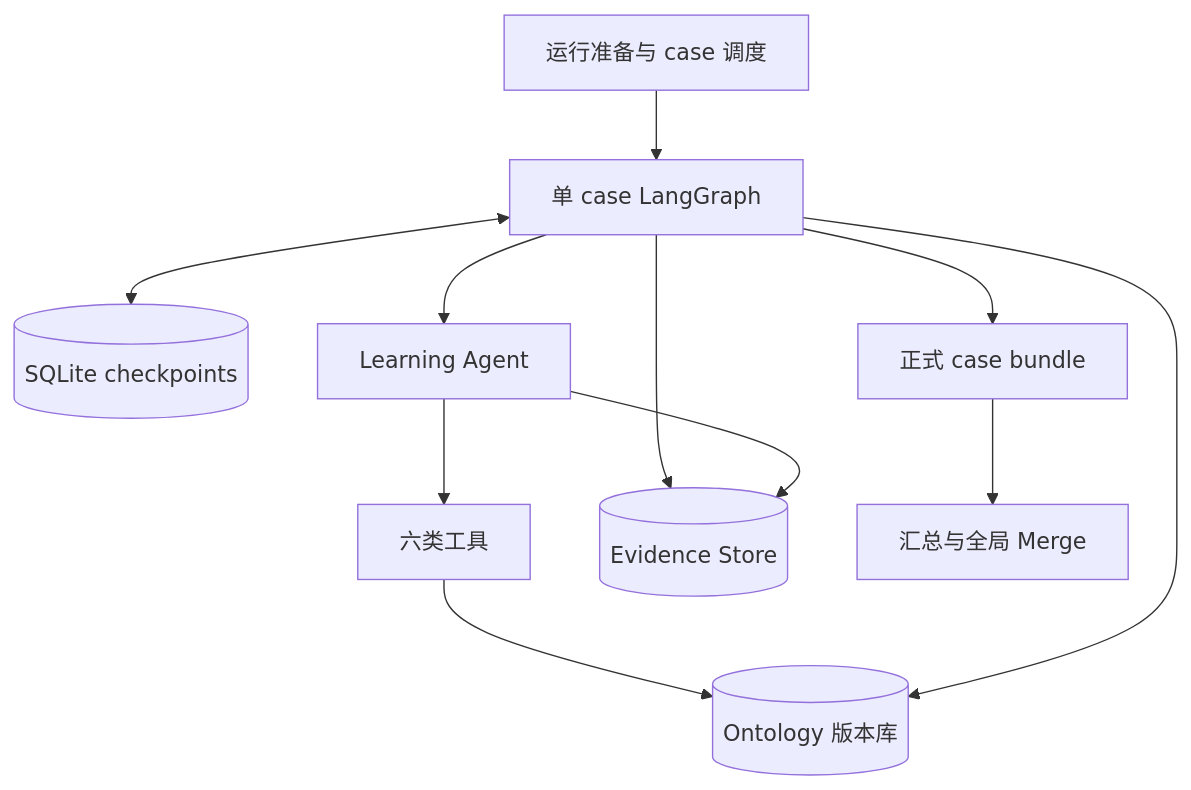
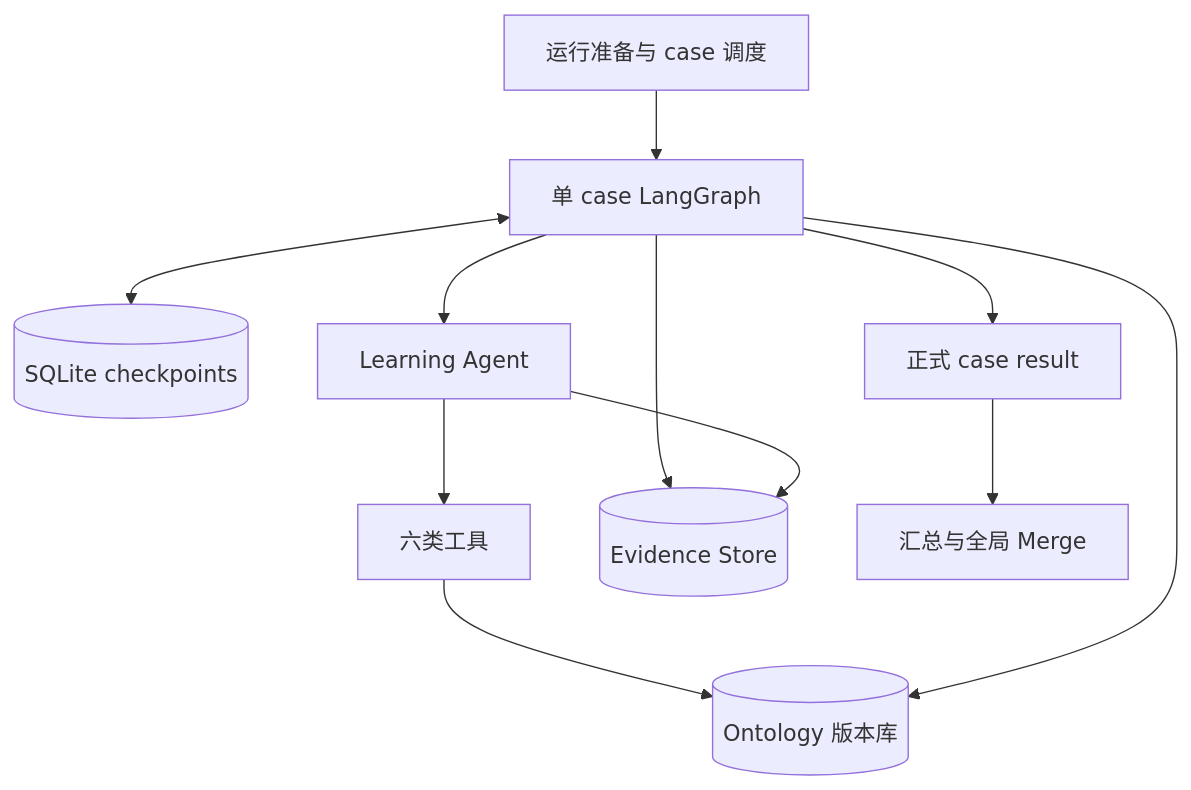
One commit to CTXY/OntoStitch changed the first of 2 diagrams in docs/design/extract-case-agent-loop.md. Above: the diagram before and after it, drawn with Mermaid. The commit also changed other lines of this file and 29 other files, not shown here.

````diff
--- a/docs/design/extract-case-agent-loop.md
+++ b/docs/design/extract-case-agent-loop.md
@@ -13,13 +13,13 @@
 ```mermaid
 flowchart TB
     RUN[运行准备与 case 调度] --> CASE[单 case LangGraph]
     CASE <--> CP[(SQLite checkpoints)]
     CASE --> AGENT[Learning Agent]
     AGENT --> TOOLS[六类工具]
     TOOLS --> ONTO[(Ontology 版本库)]
     CASE --> ONTO
     CASE --> EV[(Evidence Store)]
     AGENT --> EV
-    CASE --> BUNDLE[正式 case bundle]
+    CASE --> BUNDLE[正式 case result]
     BUNDLE --> MERGE[汇总与全局 Merge]
 ```
````
